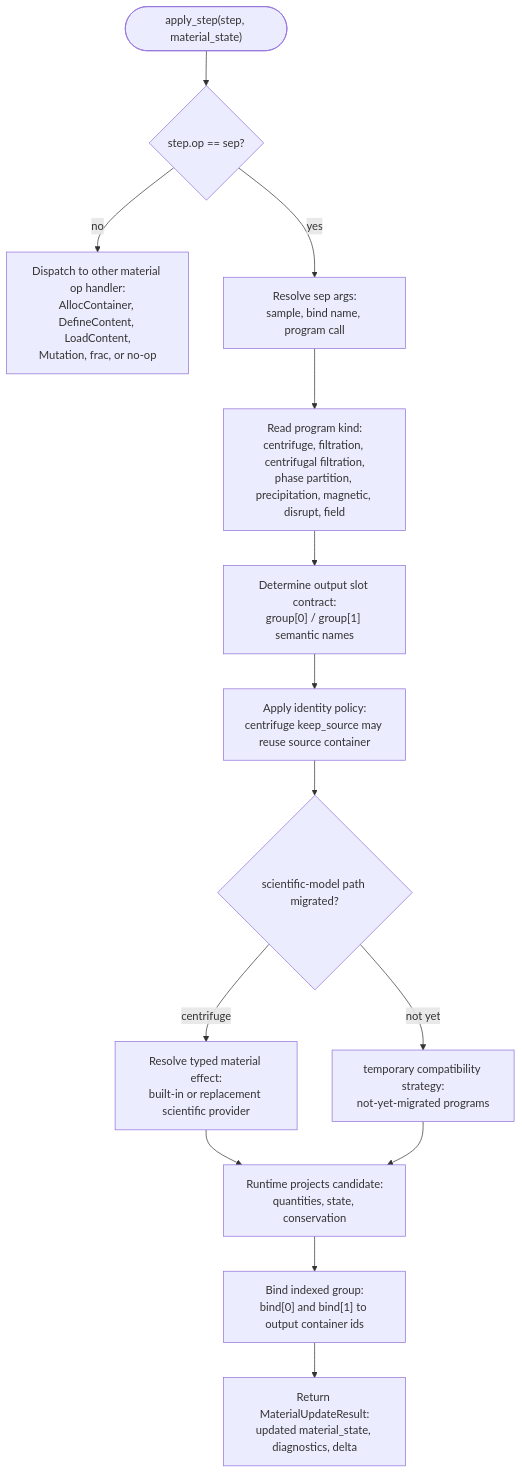
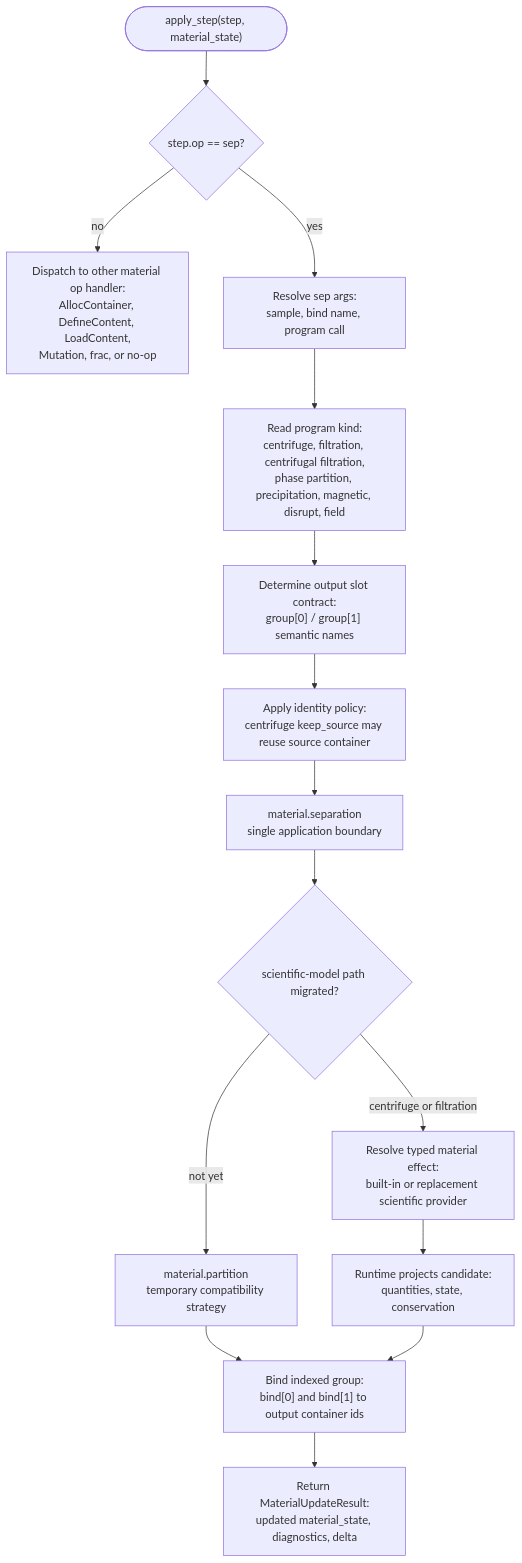
The seventh of 13 diagrams in docs/architecture/runtime_module_diagrams.md (culsma/culsma), drawn with Mermaid before and after one commit. The commit also changed other lines of this file and 17 other files, not shown here.

Commit message:
refactor(material): centralize separation application

````diff
--- a/docs/architecture/runtime_module_diagrams.md
+++ b/docs/architecture/runtime_module_diagrams.md
@@ -513,30 +513,32 @@
 ```mermaid
 flowchart TB
     Start(["apply_step(step, material_state)"])
     Op{"step.op == sep?"}
     Other["Dispatch to other material op handler:<br/>AllocContainer, DefineContent, LoadContent,<br/>Mutation, frac, or no-op"]
     Resolve["Resolve sep args:<br/>sample, bind name, program call"]
     Program["Read program kind:<br/>centrifuge, filtration, centrifugal filtration,<br/>phase partition, precipitation, magnetic, disrupt, field"]
     Slots["Determine output slot contract:<br/>group[0] / group[1] semantic names"]
     Identity["Apply identity policy:<br/>centrifuge keep_source may reuse source container"]
+    Separation["material.separation<br/>single application boundary"]
     Gate{"scientific-model path migrated?"}
     ResolveEffect["Resolve typed material effect:<br/>built-in or replacement scientific provider"]
-    Legacy["temporary compatibility strategy:<br/>not-yet-migrated programs"]
-    Partition["Runtime projects candidate:<br/>quantities, state, conservation"]
+    Legacy["material.partition<br/>temporary compatibility strategy"]
+    Project["Runtime projects candidate:<br/>quantities, state, conservation"]
     Bind["Bind indexed group:<br/>bind[0] and bind[1] to output container ids"]
     Delta["Return MaterialUpdateResult:<br/>updated material_state, diagnostics, delta"]
 
     Start --> Op
     Op -->|no| Other
     Op -->|yes| Resolve
     Resolve --> Program
     Program --> Slots
     Slots --> Identity
-    Identity --> Gate
-    Gate -->|centrifuge| ResolveEffect
+    Identity --> Separation
+    Separation --> Gate
+    Gate -->|centrifuge or filtration| ResolveEffect
     Gate -->|not yet| Legacy
-    ResolveEffect --> Partition
-    Legacy --> Partition
-    Partition --> Bind
+    ResolveEffect --> Project
+    Legacy --> Bind
+    Project --> Bind
     Bind --> Delta
 ```
````
